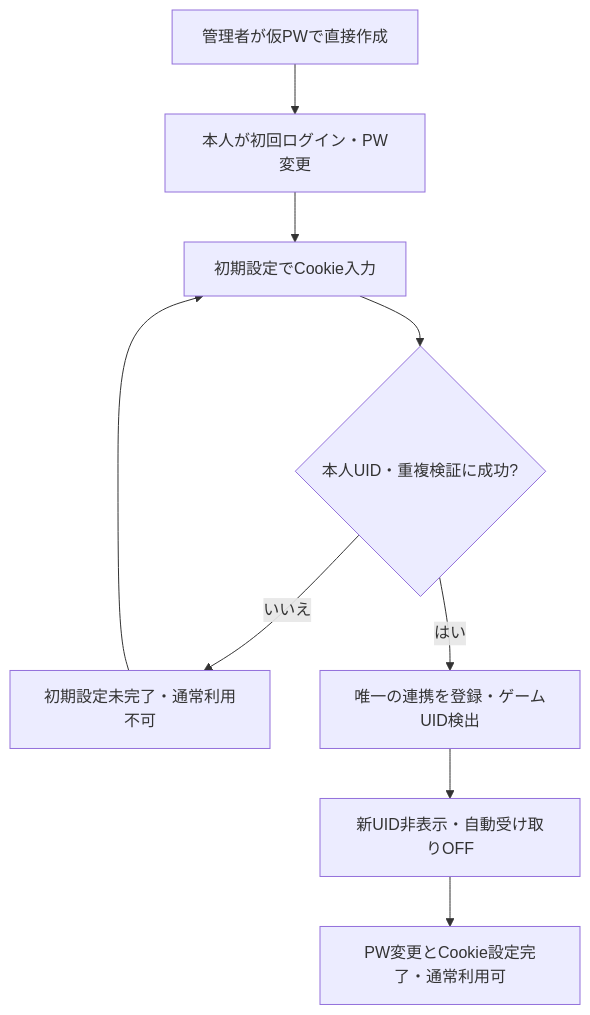
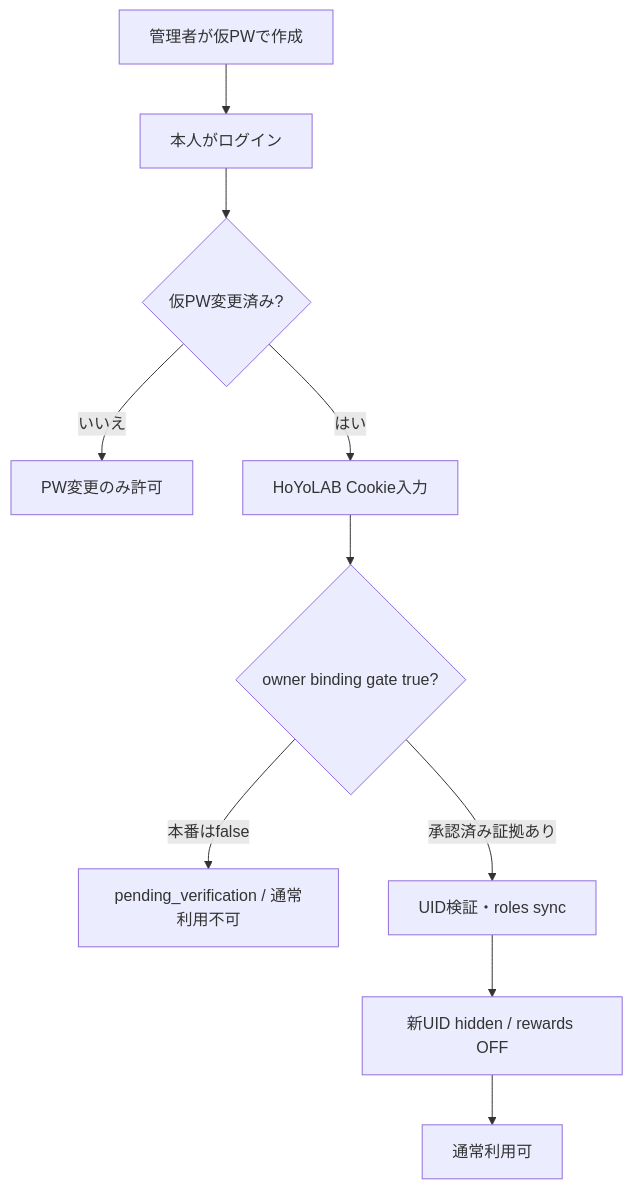
The diagram in docs/spec/AttOsGameDashboard.md (AttODao/AttOsHoYoDashboard), drawn with Mermaid before and after one commit. The commit also changed other lines of this file and 41 other files, not shown here.

````diff
--- a/docs/spec/AttOsGameDashboard.md
+++ b/docs/spec/AttOsGameDashboard.md
@@ -60,11 +29,12 @@
 ```mermaid
 flowchart TD
-    A["管理者が仮PWで直接作成"] --> B["本人が初回ログイン・PW変更"]
-    B --> C["初期設定でCookie入力"]
-    C --> D{"本人UID・重複検証に成功?"}
-    D -->|"いいえ"| E["初期設定未完了・通常利用不可"]
-    E --> C
-    D -->|"はい"| F["唯一の連携を登録・ゲームUID検出"]
-    F --> G["新UID非表示・自動受け取りOFF"]
-    G --> J["PW変更とCookie設定完了・通常利用可"]
+    A["管理者が仮PWで作成"] --> B["本人がログイン"]
+    B --> C{"仮PW変更済み?"}
+    C -->|いいえ| D["PW変更のみ許可"]
+    C -->|はい| E["HoYoLAB Cookie入力"]
+    E --> F{"owner binding gate true?"}
+    F -->|本番はfalse| G["pending_verification / 通常利用不可"]
+    F -->|承認済み証拠あり| H["UID検証・roles sync"]
+    H --> I["新UID hidden / rewards OFF"]
+    I --> J["通常利用可"]
 ```
````
